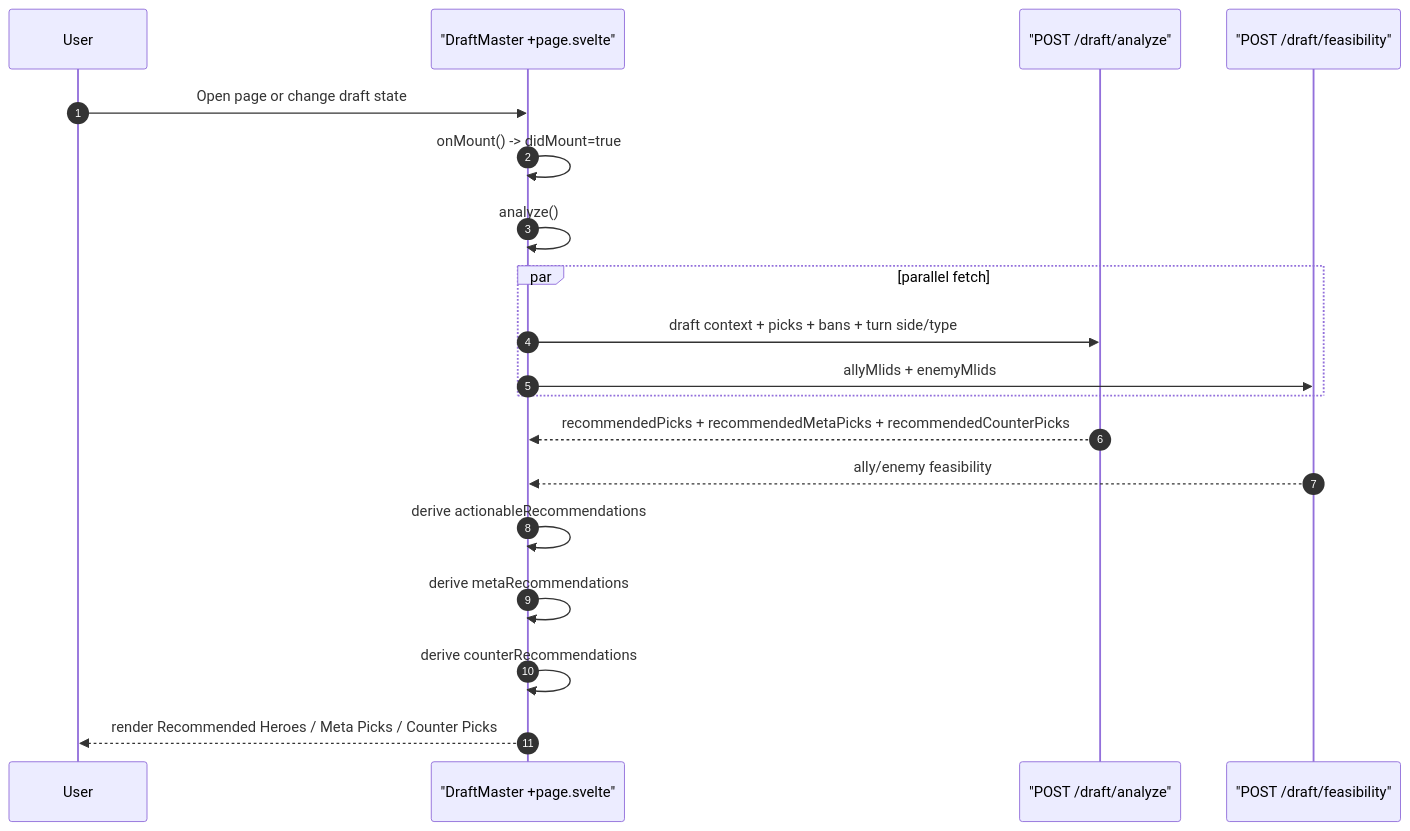
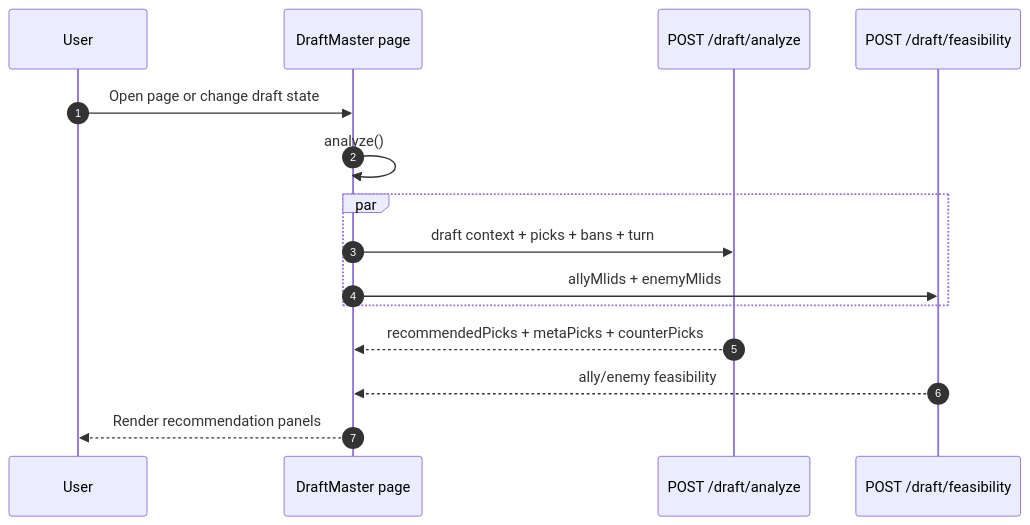
One commit to hellotrei/mlbb-tools changed the diagram in README.md. Above: the diagram before and after it, drawn with Mermaid. The commit also changed other lines of this file, not shown here.

````diff
--- a/README.md
+++ b/README.md
@@ -96,25 +443,18 @@
 ```mermaid
 sequenceDiagram
   autonumber
   participant U as User
-  participant P as "DraftMaster +page.svelte"
-  participant A as "POST /draft/analyze"
-  participant F as "POST /draft/feasibility"
+  participant P as DraftMaster page
+  participant A as POST /draft/analyze
+  participant F as POST /draft/feasibility
 
   U->>P: Open page or change draft state
-  P->>P: onMount() -> didMount=true
   P->>P: analyze()
-
-  par parallel fetch
-    P->>A: draft context + picks + bans + turn side/type
+  par
+    P->>A: draft context + picks + bans + turn
     P->>F: allyMlids + enemyMlids
   end
-
-  A-->>P: recommendedPicks + recommendedMetaPicks + recommendedCounterPicks
+  A-->>P: recommendedPicks + metaPicks + counterPicks
   F-->>P: ally/enemy feasibility
-
-  P->>P: derive actionableRecommendations
-  P->>P: derive metaRecommendations
-  P->>P: derive counterRecommendations
-  P-->>U: render Recommended Heroes / Meta Picks / Counter Picks
+  P-->>U: Render recommendation panels
 ```
````
